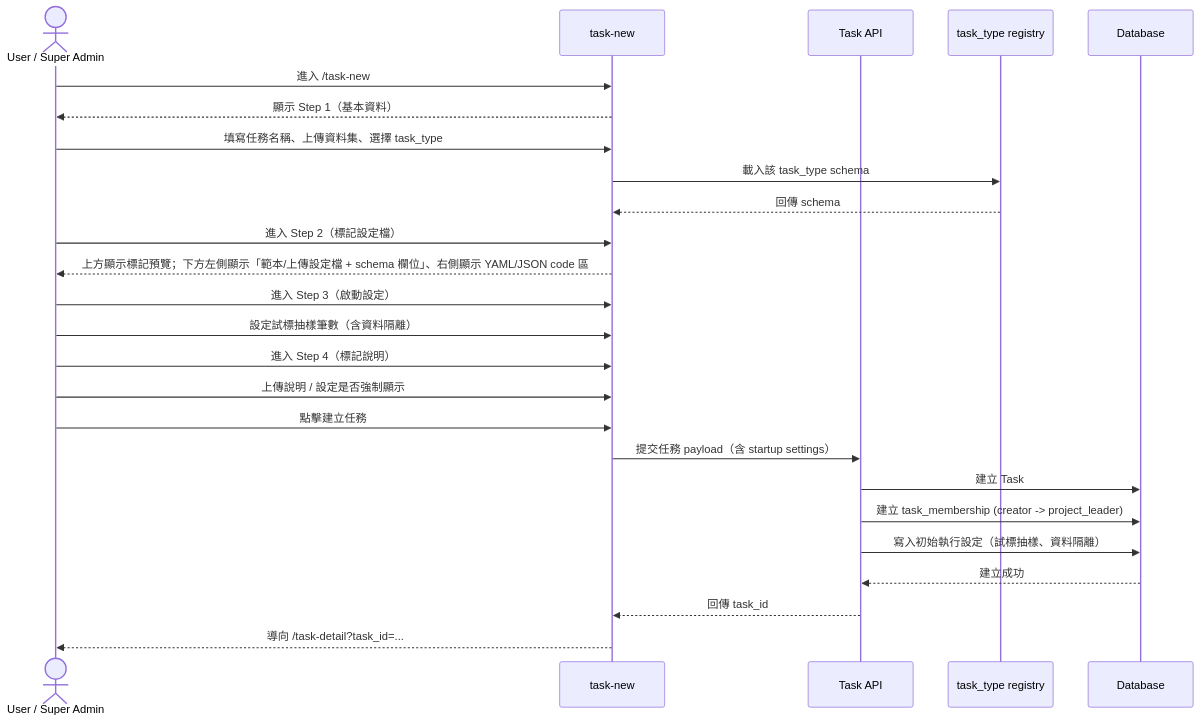
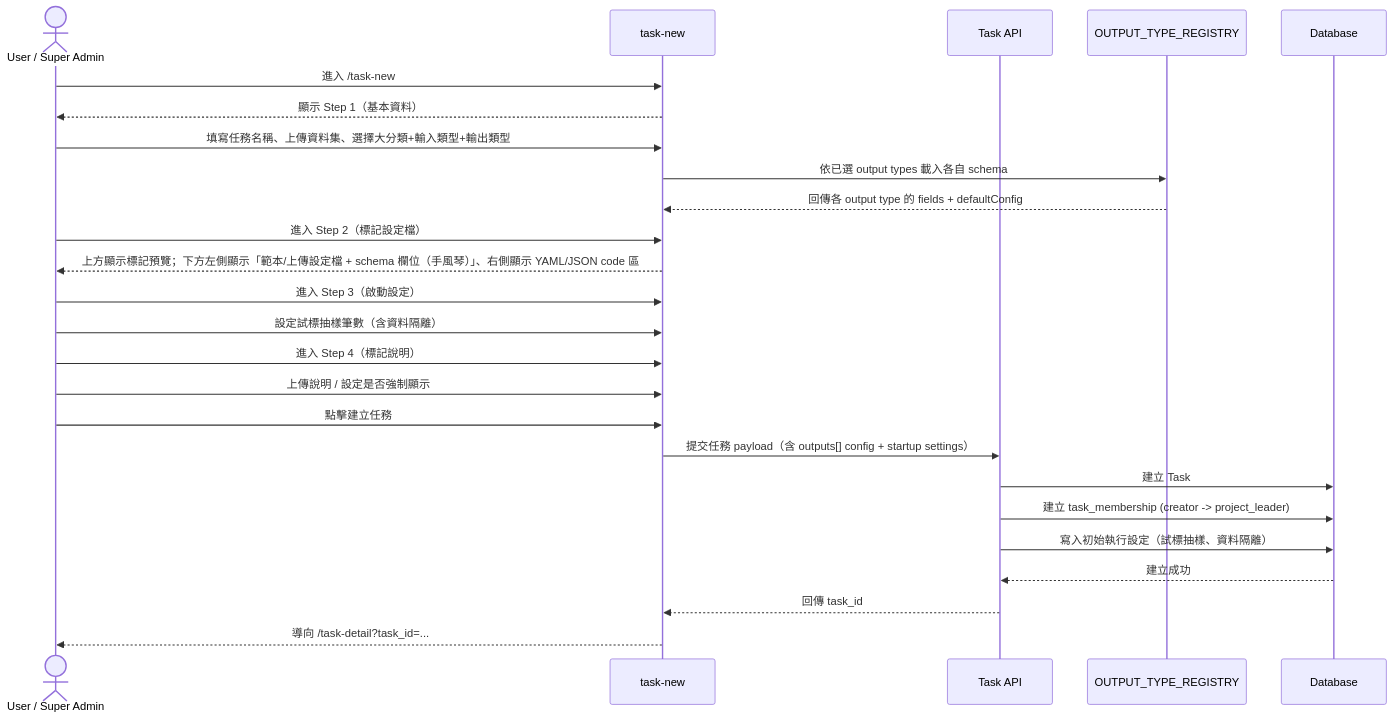
One commit to singyichen/label-suite changed the first of 2 diagrams in specs/task-management/013-task-new/spec.md. Above: the diagram before and after it, drawn with Mermaid. The commit also changed other lines of this file and 1 other file, not shown here.

First line of the commit message:
docs: rewrite 013-task-new spec to v3.0.0 for ADR-029 outputs[] model

````diff
--- a/specs/task-management/013-task-new/spec.md
+++ b/specs/task-management/013-task-new/spec.md
@@ -71,33 +79,33 @@
 ```mermaid
 sequenceDiagram
     actor U as User / Super Admin
     participant UI as task-new
     participant API as Task API
-    participant Registry as task_type registry
+    participant Registry as OUTPUT_TYPE_REGISTRY
     participant DB as Database
 
     U->>UI: 進入 /task-new
     UI-->>U: 顯示 Step 1（基本資料）
 
-    U->>UI: 填寫任務名稱、上傳資料集、選擇 task_type
-    UI->>Registry: 載入該 task_type schema
-    Registry-->>UI: 回傳 schema
+    U->>UI: 填寫任務名稱、上傳資料集、選擇大分類+輸入類型+輸出類型
+    UI->>Registry: 依已選 output types 載入各自 schema
+    Registry-->>UI: 回傳各 output type 的 fields + defaultConfig
 
     U->>UI: 進入 Step 2（標記設定檔）
-    UI-->>U: 上方顯示標記預覽；下方左側顯示「範本/上傳設定檔 + schema 欄位」、右側顯示 YAML/JSON code 區
+    UI-->>U: 上方顯示標記預覽；下方左側顯示「範本/上傳設定檔 + schema 欄位（手風琴）」、右側顯示 YAML/JSON code 區
 
     U->>UI: 進入 Step 3（啟動設定）
     U->>UI: 設定試標抽樣筆數（含資料隔離）
 
     U->>UI: 進入 Step 4（標記說明）
     U->>UI: 上傳說明 / 設定是否強制顯示
 
     U->>UI: 點擊建立任務
-    UI->>API: 提交任務 payload（含 startup settings）
+    UI->>API: 提交任務 payload（含 outputs[] config + startup settings）
     API->>DB: 建立 Task
     API->>DB: 建立 task_membership (creator -> project_leader)
     API->>DB: 寫入初始執行設定（試標抽樣、資料隔離）
     DB-->>API: 建立成功
     API-->>UI: 回傳 task_id
     UI-->>U: 導向 /task-detail?task_id=...
 ```
````
